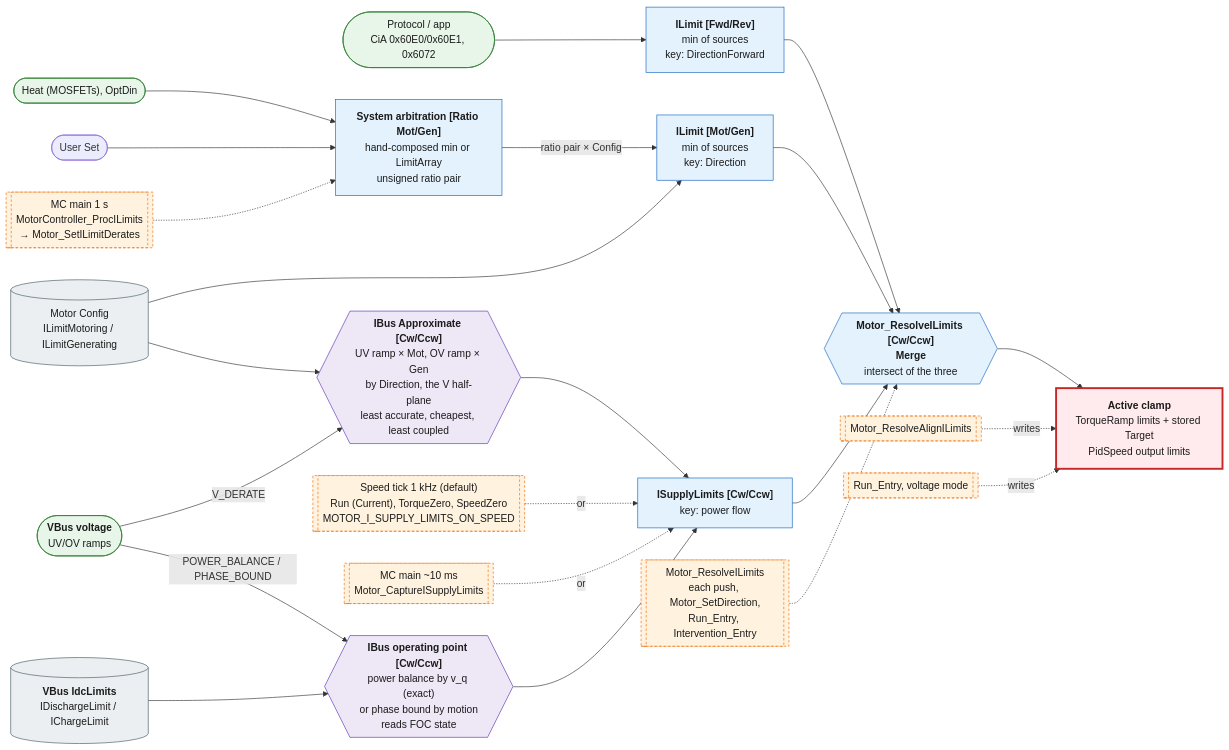
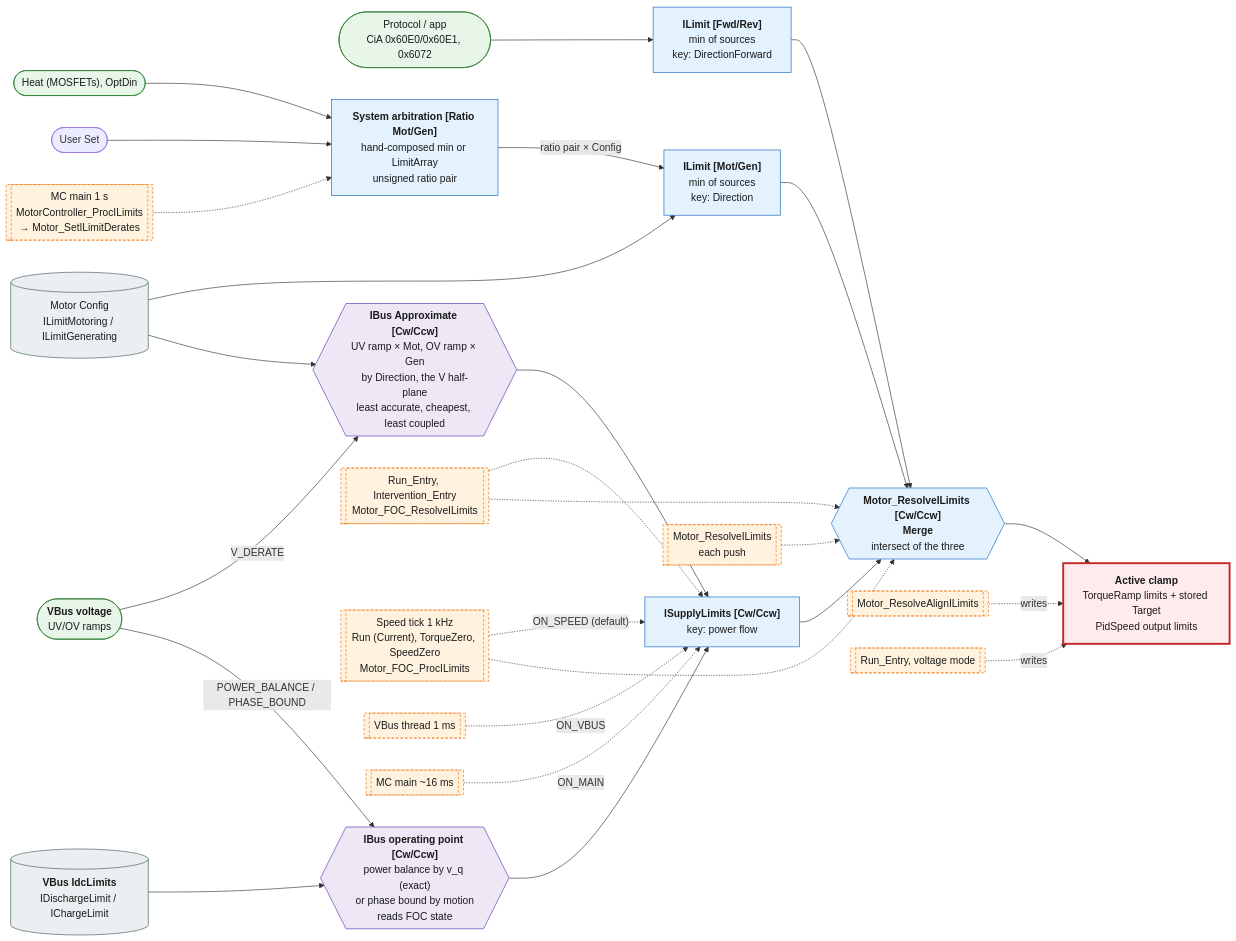
Before and after one commit to FireSourcery/FireSourcery_Library: the diagram in Motor/Docs/ILimitsRouting.md, drawn with Mermaid. The commit also changed other lines of this file and 19 other files, not shown here.

````diff
--- a/Motor/Docs/ILimitsRouting.md
+++ b/Motor/Docs/ILimitsRouting.md
@@ -3,69 +3,75 @@
 ```mermaid
 flowchart LR
     %% Live limit sources
     SYS(["Heat (MOSFETs), OptDin"])
     USER(["User Set"])
     PRO(["Protocol / app<br/>CiA 0x60E0/0x60E1, 0x6072"])
     VB(["<b>VBus voltage</b><br/>UV/OV ramps"])
 
     %% Stored limits
     CFG[("Motor Config<br/>ILimitMotoring / ILimitGenerating")]
     IDC[("<b>VBus IdcLimits</b><br/>IDischargeLimit / IChargeLimit")]
 
     %% Frame conversions
     PB{{"<b>IBus operating point [Cw/Ccw]</b><br/>power balance by v_q (exact)<br/>or phase bound by motion<br/>reads FOC state"}}
     VD{{"<b>IBus Approximate [Cw/Ccw]</b><br/>UV ramp × Mot, OV ramp × Gen<br/>by Direction, the V half-plane<br/>least accurate, cheapest, least coupled"}}
     GET{{"<b>Motor_ResolveILimits [Cw/Ccw]</b><br/><b>Merge</b><br/>intersect of the three"}}
 
     %% Merge points
     ARB["<b>System arbitration [Ratio Mot/Gen]</b><br/>hand-composed min or LimitArray<br/>unsigned ratio pair"]
     PAIR["<b>ILimit [Mot/Gen]</b><br/>min of sources<br/>key: Direction"]
     DIR["<b>ILimit [Fwd/Rev]</b><br/>min of sources<br/>key: DirectionForward"]
     WIN["<b>ISupplyLimits [Cw/Ccw]</b><br/>key: power flow"]
 
     %% Active clamp
     SLOT["<b>Active clamp</b><br/>TorqueRamp limits + stored Target<br/>PidSpeed output limits"]
 
     %% Limit data flow
     SYS --> ARB
     USER --> ARB
     VB -->|V_DERATE| VD --> WIN
     VB -->|"POWER_BALANCE / PHASE_BOUND"| PB --> WIN
     IDC --> PB
     ARB -->|"ratio pair × Config"| PAIR
     CFG --> PAIR
     CFG --> VD
     PRO --> DIR
     PAIR --> GET
     DIR --> GET
     WIN --> GET
     GET --> SLOT
 
     %% Call sites
     C1S[["MC main 1 s<br/>MotorController_ProcILimits<br/>→ Motor_SetILimitDerates"]]
-    TICK[["Speed tick 1 kHz (default)<br/>Run (Current), TorqueZero, SpeedZero<br/>MOTOR_I_SUPPLY_LIMITS_ON_SPEED"]]
-    MC10[["MC main ~10 ms<br/>Motor_CaptureISupplyLimits"]]
-    RES[["Motor_ResolveILimits<br/>each push, Motor_SetDirection,<br/>Run_Entry, Intervention_Entry"]]
+    ENT[["Run_Entry, Intervention_Entry<br/>Motor_FOC_ResolveILimits"]]
+    TICK[["Speed tick 1 kHz<br/>Run (Current), TorqueZero, SpeedZero<br/>Motor_FOC_ProcILimits"]]
+    CVB[["VBus thread 1 ms"]]
+    MC10[["MC main ~16 ms"]]
+    RES[["Motor_ResolveILimits<br/>each push"]]
     AL[["Motor_ResolveAlignILimits"]]
     VM[["Run_Entry, voltage mode"]]
 
     C1S -.-> ARB
-    TICK -.->|or| WIN
-    MC10 -.->|or| WIN
+    ENT -.-> WIN
+    ENT -.-> GET
+    TICK -.->|"ON_SPEED (default)"| WIN
+    TICK -.-> GET
+    CVB -.->|ON_VBUS| WIN
+    MC10 -.->|ON_MAIN| WIN
     RES -.-> GET
     AL -.->|writes| SLOT
     VM -.->|writes| SLOT
 
     classDef source fill:#e8f5e9,stroke:#2e7d32,color:#1b1b1b
     classDef storage fill:#eceff1,stroke:#455a64,color:#1b1b1b
     classDef convert fill:#ede7f6,stroke:#5e35b1,color:#1b1b1b
     classDef merge fill:#e3f2fd,stroke:#1565c0,color:#1b1b1b
     classDef clamp fill:#ffebee,stroke:#c62828,color:#1b1b1b,stroke-width:3px
     classDef callsite fill:#fff3e0,stroke:#ef6c00,color:#1b1b1b,stroke-dasharray:4 3
     class SYS,PRO,VB source
     class CFG,IDC storage
     class PB,VD convert
     class ARB,PAIR,DIR,WIN,GET merge
     class SLOT clamp
-    class C1S,TICK,MC10,RES,AL,VM callsite
+    class C1S,ENT,TICK,CVB,MC10,RES,AL,VM callsite
 ```
````
